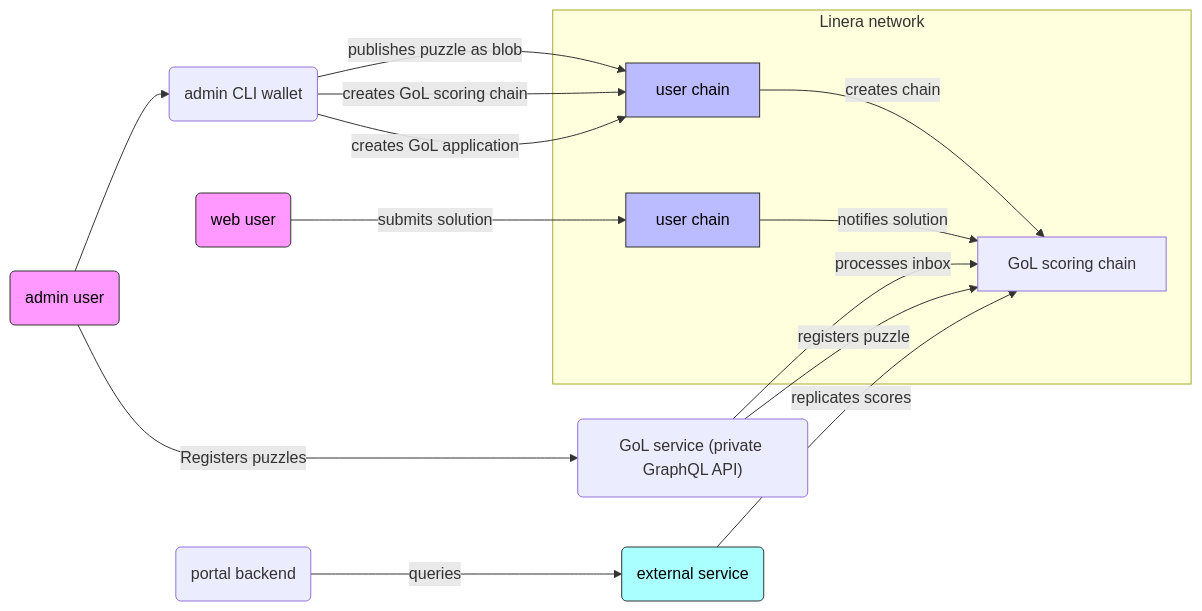
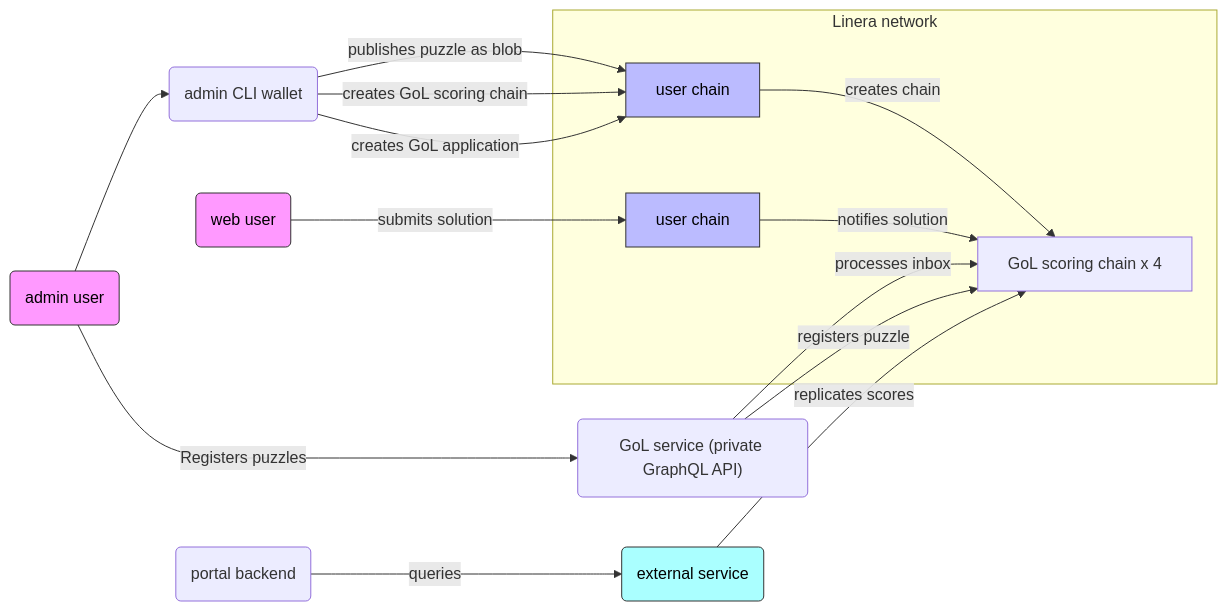
The diagram in README.md (linera-io/linera-gol-challenge), drawn with Mermaid before and after one commit.

Commit message:
update diagram

````diff
--- a/README.md
+++ b/README.md
@@ -7,31 +7,31 @@
 ```mermaid
 flowchart LR
     user1("web user")
     user2("admin user") --> admin("admin CLI wallet")
     service("GoL service (private GraphQL API)")
     external("external service")
     user2 -- Registers puzzles --> service
     style user1 fill:#f9f,stroke:#333,stroke-width:1px,color:#000
     style user2 fill:#f9f,stroke:#333,stroke-width:1px,color:#000
     style external fill:#aff,stroke:#333,stroke-width:1px,color:#000
 
     subgraph "Linera network"
         chain1["user chain"]
         chain2["user chain"]
-        chain3["GoL scoring chain"]
+        chain3["GoL scoring chain x 4"]
         style chain1 fill:#bbf,stroke:#333,stroke-width:1px,color:#000
         style chain2 fill:#bbf,stroke:#333,stroke-width:1px,color:#000
     end
 
     user1 -- submits solution --> chain1
     chain2 -- creates chain --> chain3
  	chain1 -- notifies solution --> chain3
 
 	admin -- publishes puzzle as blob --> chain2
 	admin -- creates GoL scoring chain --> chain2
  	admin -- creates GoL application --> chain2
  	service -- processes inbox --> chain3
  	service -- registers puzzle --> chain3
  	external -- replicates scores --> chain3
  	portal("portal backend") -- queries --> external
 ```
````
